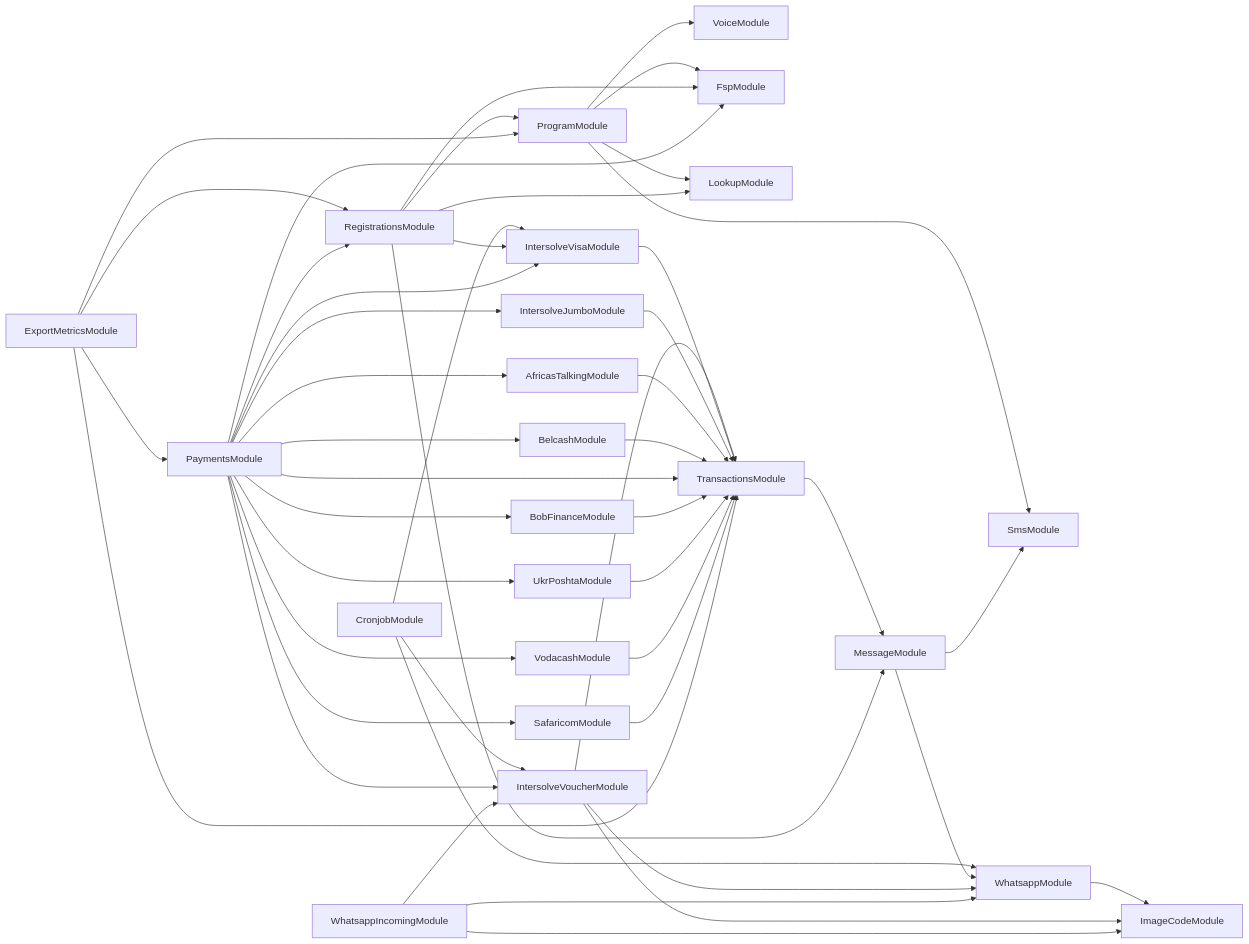
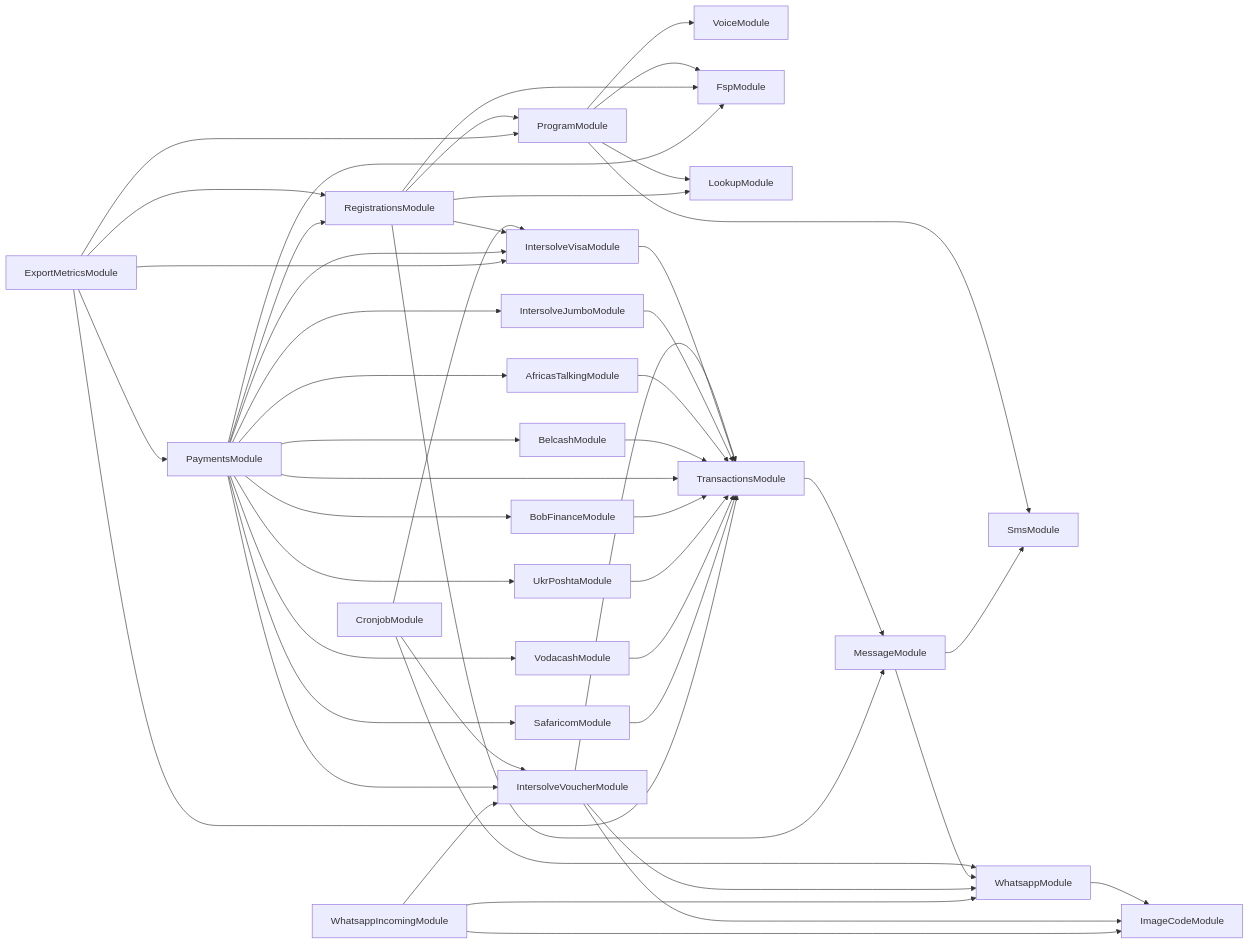
One commit to global-121/121-platform changed the diagram in services/121-service/module-dependencies.md. Above: the diagram before and after it, drawn with Mermaid. The commit also changed 3 other files, not shown here.

````diff
--- a/services/121-service/module-dependencies.md
+++ b/services/121-service/module-dependencies.md
@@ -3,49 +3,50 @@
 ```mermaid
 graph LR
   ProgramModule-->SmsModule
   ProgramModule-->VoiceModule
   ProgramModule-->FspModule
   ProgramModule-->LookupModule
   CronjobModule-->WhatsappModule
   WhatsappModule-->ImageCodeModule
   CronjobModule-->IntersolveVoucherModule
   IntersolveVoucherModule-->ImageCodeModule
   IntersolveVoucherModule-->TransactionsModule
   TransactionsModule-->MessageModule
   MessageModule-->WhatsappModule
   MessageModule-->SmsModule
   IntersolveVoucherModule-->WhatsappModule
   CronjobModule-->IntersolveVisaModule
   IntersolveVisaModule-->TransactionsModule
   RegistrationsModule-->LookupModule
   RegistrationsModule-->ProgramModule
   RegistrationsModule-->FspModule
   RegistrationsModule-->MessageModule
   RegistrationsModule-->IntersolveVisaModule
   ExportMetricsModule-->ProgramModule
   ExportMetricsModule-->RegistrationsModule
   ExportMetricsModule-->PaymentsModule
   PaymentsModule-->FspModule
   PaymentsModule-->IntersolveVoucherModule
   PaymentsModule-->IntersolveVisaModule
   PaymentsModule-->IntersolveJumboModule
   IntersolveJumboModule-->TransactionsModule
   PaymentsModule-->AfricasTalkingModule
   AfricasTalkingModule-->TransactionsModule
   PaymentsModule-->BelcashModule
   BelcashModule-->TransactionsModule
   PaymentsModule-->TransactionsModule
   PaymentsModule-->BobFinanceModule
   BobFinanceModule-->TransactionsModule
   PaymentsModule-->UkrPoshtaModule
   UkrPoshtaModule-->TransactionsModule
   PaymentsModule-->VodacashModule
   VodacashModule-->TransactionsModule
   PaymentsModule-->SafaricomModule
   SafaricomModule-->TransactionsModule
   PaymentsModule-->RegistrationsModule
   ExportMetricsModule-->TransactionsModule
+  ExportMetricsModule-->IntersolveVisaModule
   WhatsappIncomingModule-->ImageCodeModule
   WhatsappIncomingModule-->IntersolveVoucherModule
   WhatsappIncomingModule-->WhatsappModule
 ```
````
